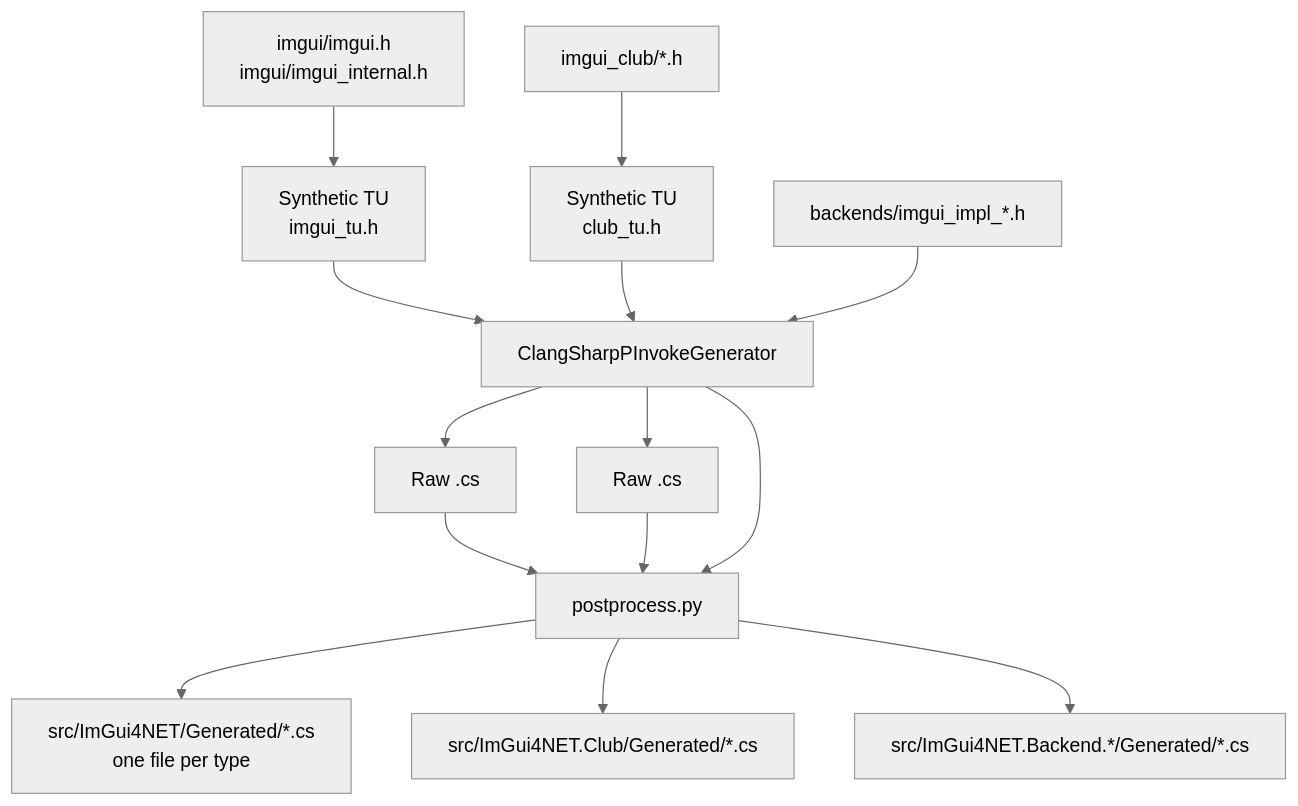
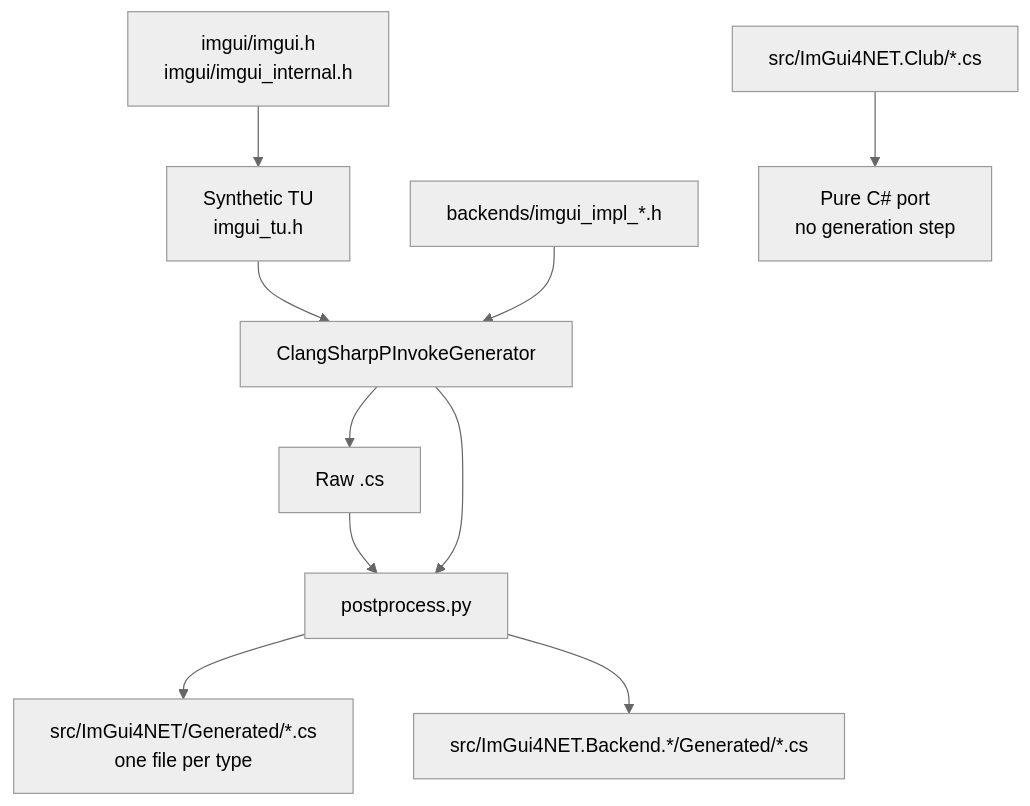
Before and after one commit to StArraySharp/ImGui4NET: the diagram in docs/build.md, drawn with Mermaid (neutral theme). The commit also changed other lines of this file and 87 other files, not shown here.

First line of the commit message:
feat: macOS cross-build, Metal 4 backend, pure C# imgui_club port

````diff
--- a/docs/build.md
+++ b/docs/build.md
@@ -128,18 +136,14 @@
 ```mermaid
 graph TD
     A["imgui/imgui.h<br/>imgui/imgui_internal.h"] --> B["Synthetic TU<br/>imgui_tu.h"]
     B --> C["ClangSharpPInvokeGenerator"]
     C --> D["Raw .cs"]
     D --> E["postprocess.py"]
     E --> F["src/ImGui4NET/Generated/*.cs<br/>one file per type"]
 
-    G["imgui_club/*.h"] --> H["Synthetic TU<br/>club_tu.h"]
-    H --> C
-    C --> I["Raw .cs"]
-    I --> E
-    E --> J["src/ImGui4NET.Club/Generated/*.cs"]
-
     K["backends/imgui_impl_*.h"] --> C
     C --> E
     E --> L["src/ImGui4NET.Backend.*/Generated/*.cs"]
+
+    M["src/ImGui4NET.Club/*.cs"] --> N["Pure C# port<br/>no generation step"]
 ```
````
